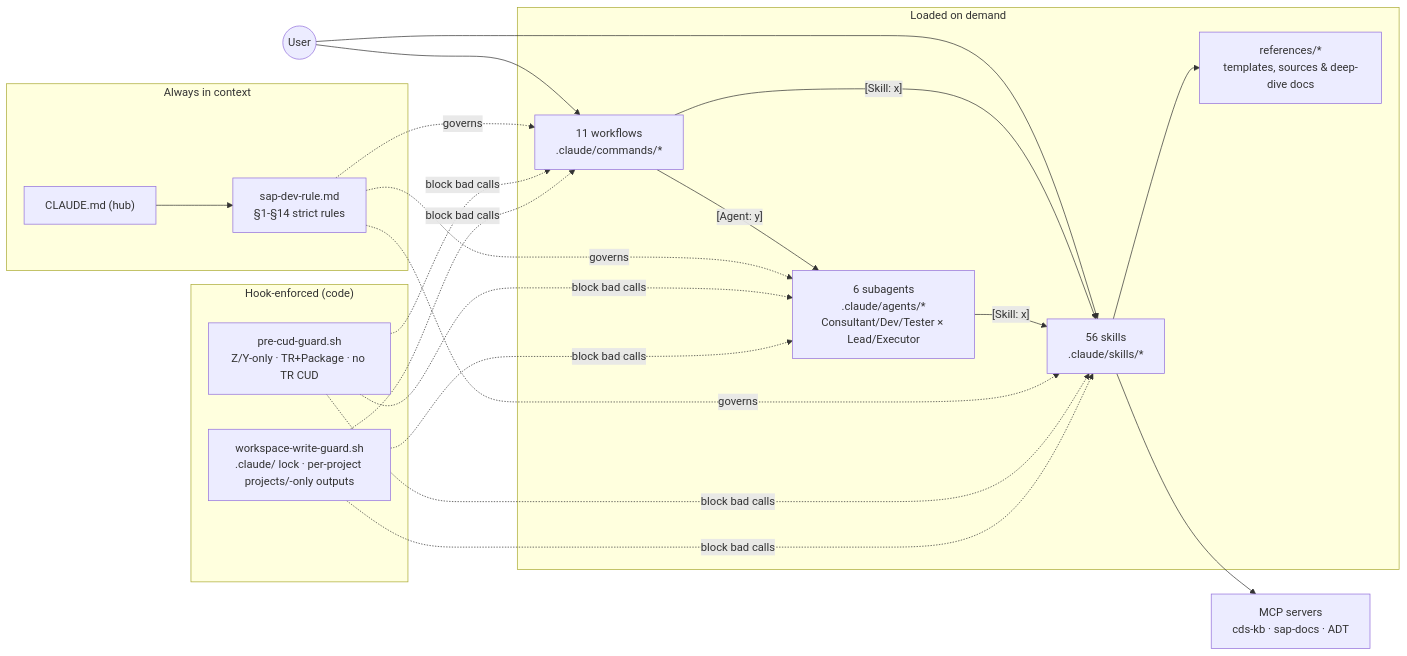
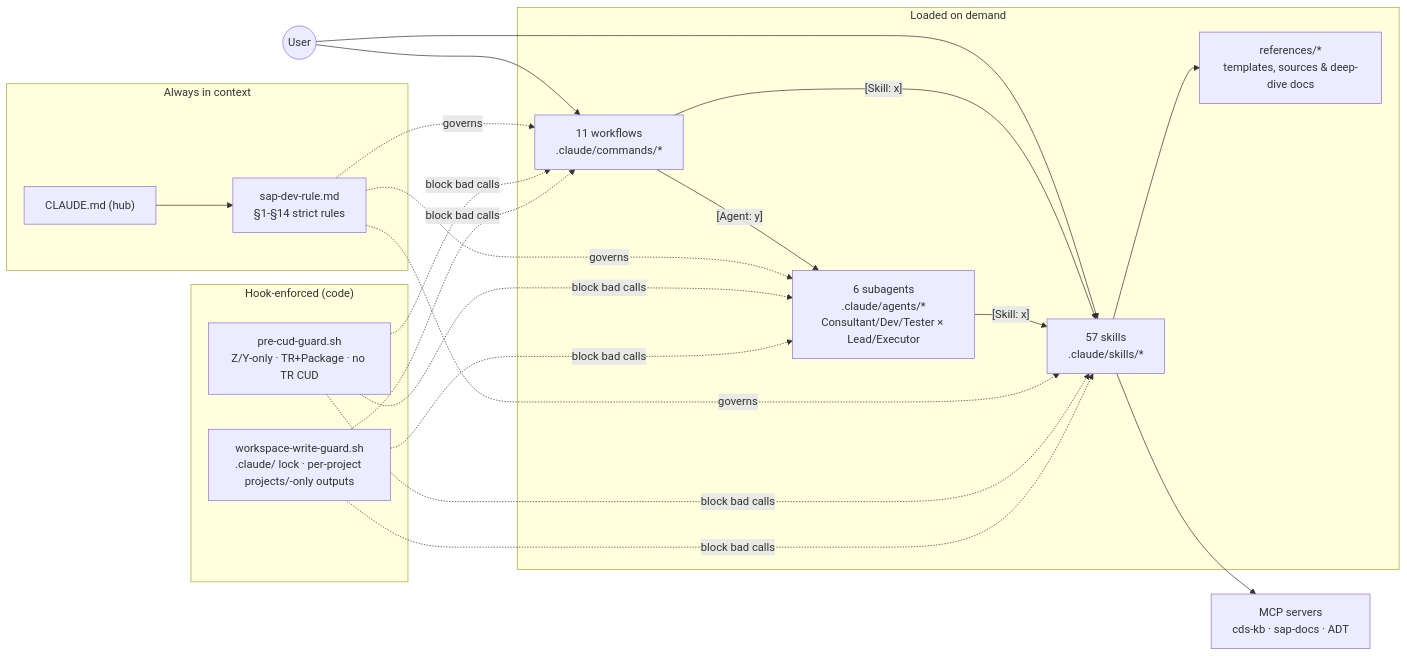
One commit to dovoanhtruong/abap-agent-claudecode-workspace changed the first of 2 diagrams in README.md. Above: the diagram before and after it, drawn with Mermaid. The commit also changed other lines of this file and 10 other files, not shown here.

````diff
--- a/README.md
+++ b/README.md
@@ -18,23 +18,23 @@
 ```mermaid
 flowchart LR
     subgraph CTX["Always in context"]
         CM["CLAUDE.md (hub)"] --> RULE["sap-dev-rule.md<br/>§1-§14 strict rules"]
     end
     subgraph ONDEMAND["Loaded on demand"]
-        SK["56 skills<br/>.claude/skills/*"] --> REF["references/*<br/>templates, sources & deep-dive docs"]
+        SK["57 skills<br/>.claude/skills/*"] --> REF["references/*<br/>templates, sources & deep-dive docs"]
         WF["11 workflows<br/>.claude/commands/*"]
         AG["6 subagents<br/>.claude/agents/*<br/>Consultant/Dev/Tester × Lead/Executor"]
     end
     subgraph ENFORCE["Hook-enforced (code)"]
         H1["pre-cud-guard.sh<br/>Z/Y-only · TR+Package · no TR CUD"]
         H2["workspace-write-guard.sh<br/>.claude/ lock · per-project projects/-only outputs"]
     end
     USER((User)) --> WF
     USER --> SK
     WF -->|"[Skill: x]"| SK
     WF -->|"[Agent: y]"| AG
     AG -->|"[Skill: x]"| SK
     RULE -.governs.-> WF & SK & AG
     H1 & H2 -.block bad calls.-> WF & SK & AG
     SK --> MCP["MCP servers<br/>cds-kb · sap-docs · ADT"]
 ```
````
